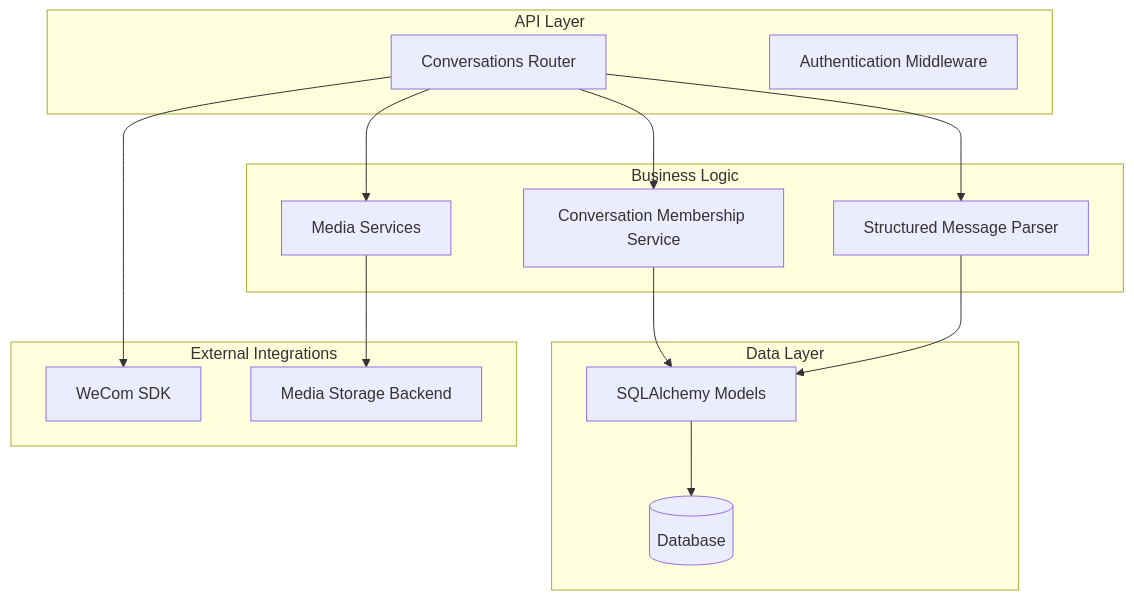
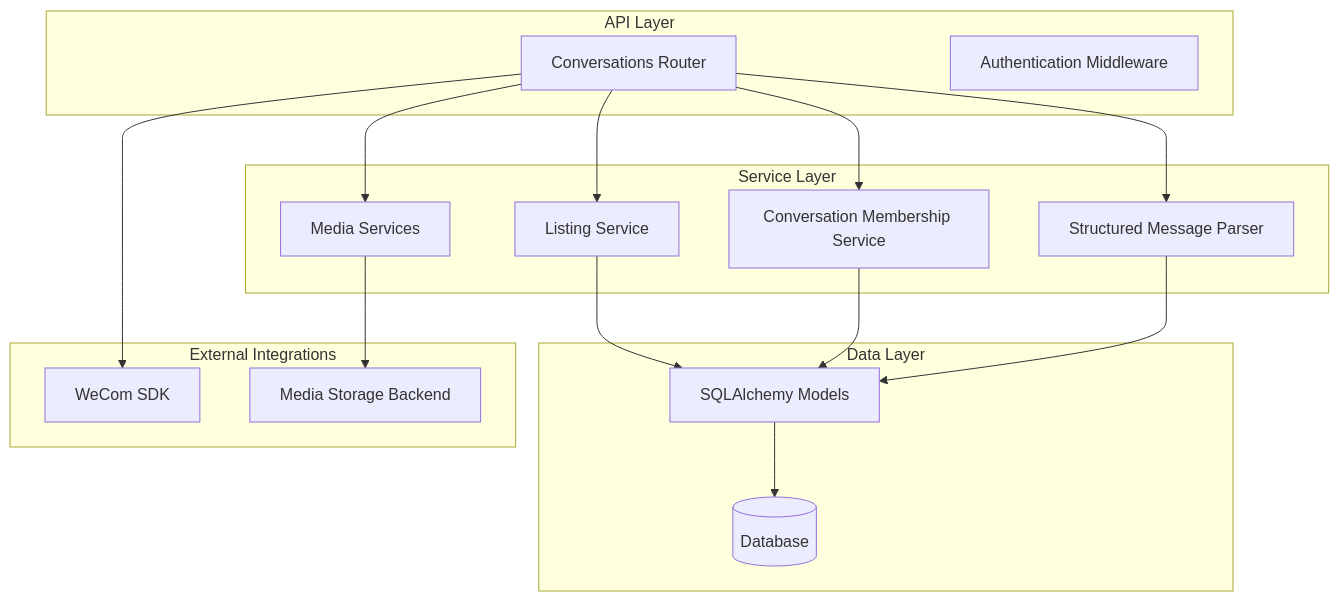
The first of 3 diagrams in .qoder/repowiki/en/content/API Reference/Conversations API.md (zuohaisu/wecom-archive), drawn with Mermaid before and after one commit. The commit also changed other lines of this file and 148 other files, not shown here.

````diff
--- a/.qoder/repowiki/en/content/API Reference/Conversations API.md
+++ b/.qoder/repowiki/en/content/API Reference/Conversations API.md
@@ -53,28 +64,31 @@
 ```mermaid
 graph TB
 subgraph "API Layer"
 Router[Conversations Router]
 Auth[Authentication Middleware]
 end
-subgraph "Business Logic"
+subgraph "Service Layer"
+ListingService[Listing Service]
 Membership[Conversation Membership Service]
 Parser[Structured Message Parser]
 Media[Media Services]
 end
 subgraph "Data Layer"
 Models[SQLAlchemy Models]
 DB[(Database)]
 end
 subgraph "External Integrations"
 WeCom[WeCom SDK]
 Storage[Media Storage Backend]
 end
+Router --> ListingService
 Router --> Membership
 Router --> Parser
 Router --> Media
+ListingService --> Models
 Membership --> Models
 Parser --> Models
 Media --> Storage
 Models --> DB
 Router --> WeCom
 ```
````
